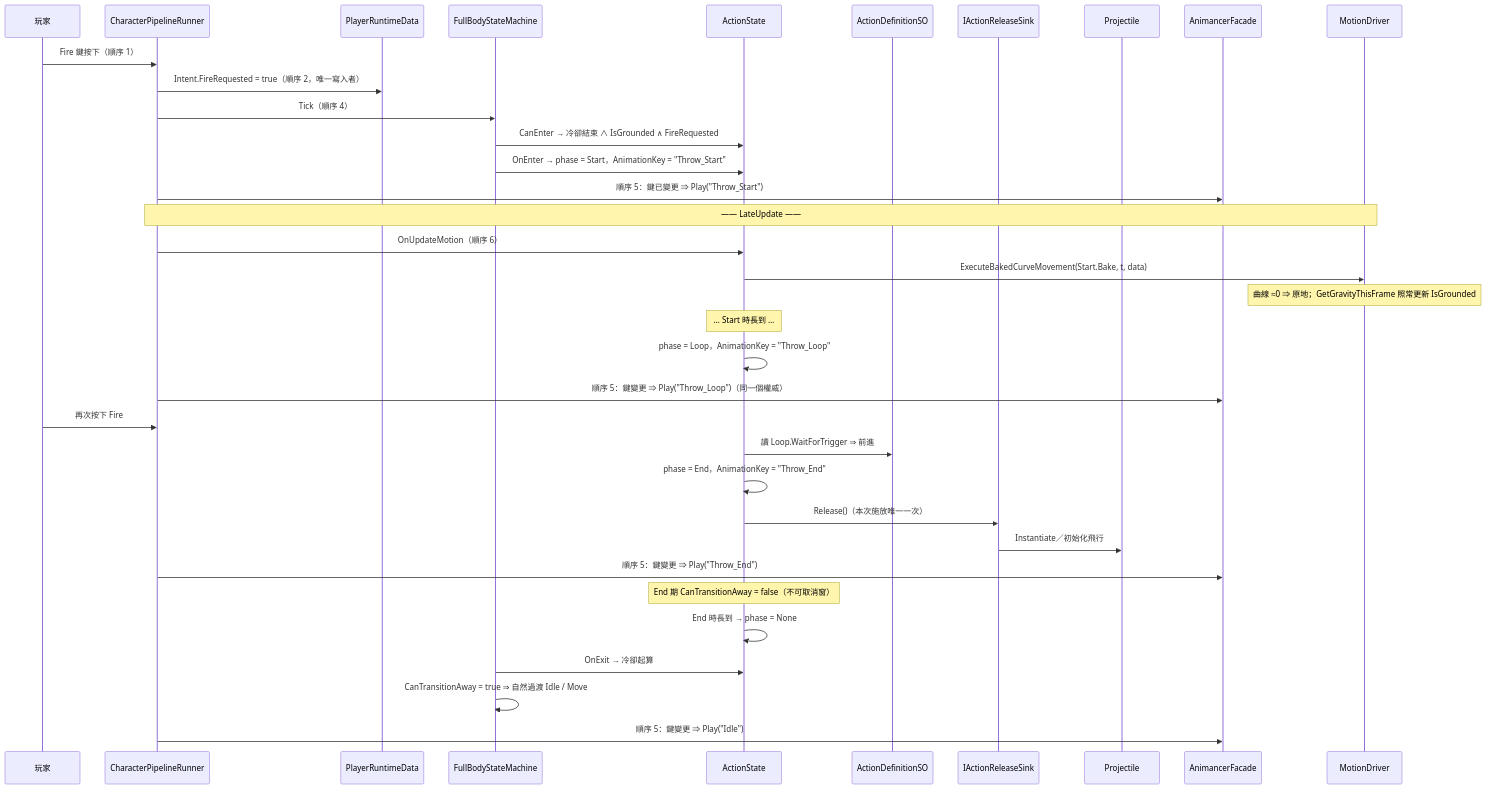
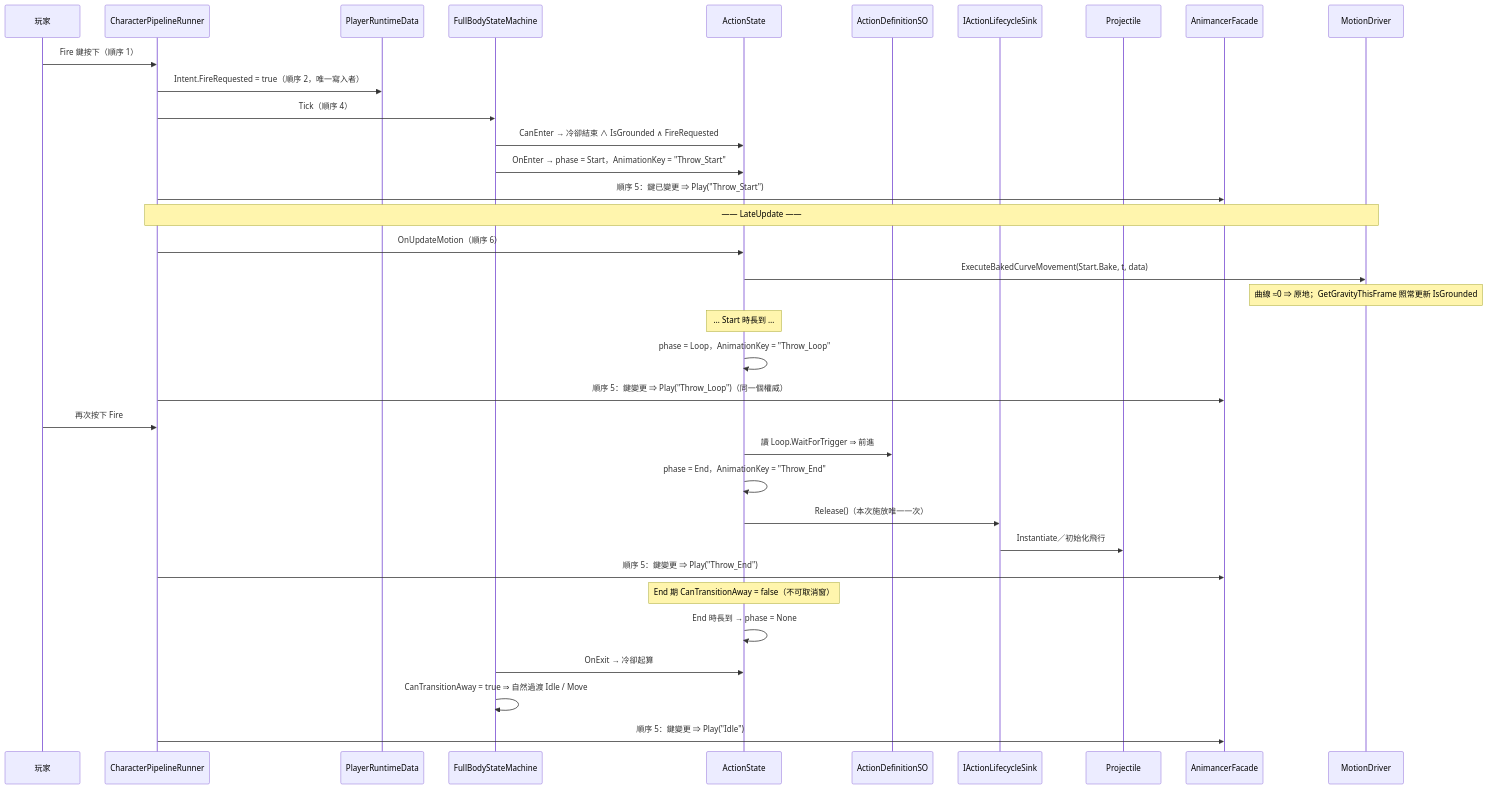
Before and after one commit to Baka8787/IntentPipeline: the first of 3 diagrams in docs/08-skill-system.md, drawn with Mermaid. The commit also changed other lines of this file and 19 other files, not shown here.

````diff
--- a/docs/08-skill-system.md
+++ b/docs/08-skill-system.md
@@ -283,38 +291,38 @@
 ```mermaid
 sequenceDiagram
     participant U as 玩家
     participant RUN as CharacterPipelineRunner
     participant BB as PlayerRuntimeData
     participant FSM as FullBodyStateMachine
     participant ACT as ActionState
     participant DEF as ActionDefinitionSO
-    participant SINK as IActionReleaseSink
+    participant SINK as IActionLifecycleSink
     participant PROJ as Projectile
     participant AF as AnimancerFacade
     participant MD as MotionDriver
 
     U->>RUN: Fire 鍵按下（順序 1）
     RUN->>BB: Intent.FireRequested = true（順序 2，唯一寫入者）
     RUN->>FSM: Tick（順序 4）
     FSM->>ACT: CanEnter → 冷卻結束 ∧ IsGrounded ∧ FireRequested
     FSM->>ACT: OnEnter → phase = Start，AnimationKey = "Throw_Start"
     RUN->>AF: 順序 5：鍵已變更 ⇒ Play("Throw_Start")
     Note over RUN,MD: —— LateUpdate ——
     RUN->>ACT: OnUpdateMotion（順序 6）
     ACT->>MD: ExecuteBakedCurveMovement(Start.Bake, t, data)
     Note over MD: 曲線 ≈0 ⇒ 原地；GetGravityThisFrame 照常更新 IsGrounded
     Note over ACT: … Start 時長到 …
     ACT->>ACT: phase = Loop，AnimationKey = "Throw_Loop"
     RUN->>AF: 順序 5：鍵變更 ⇒ Play("Throw_Loop")（同一個權威）
     U->>RUN: 再次按下 Fire
     ACT->>DEF: 讀 Loop.WaitForTrigger ⇒ 前進
     ACT->>ACT: phase = End，AnimationKey = "Throw_End"
     ACT->>SINK: Release()（本次施放唯一一次）
     SINK->>PROJ: Instantiate／初始化飛行
     RUN->>AF: 順序 5：鍵變更 ⇒ Play("Throw_End")
     Note over ACT: End 期 CanTransitionAway = false（不可取消窗）
     ACT->>ACT: End 時長到 → phase = None
     FSM->>ACT: OnExit → 冷卻起算
     FSM->>FSM: CanTransitionAway = true ⇒ 自然過渡 Idle / Move
     RUN->>AF: 順序 5：鍵變更 ⇒ Play("Idle")
 ```
````
